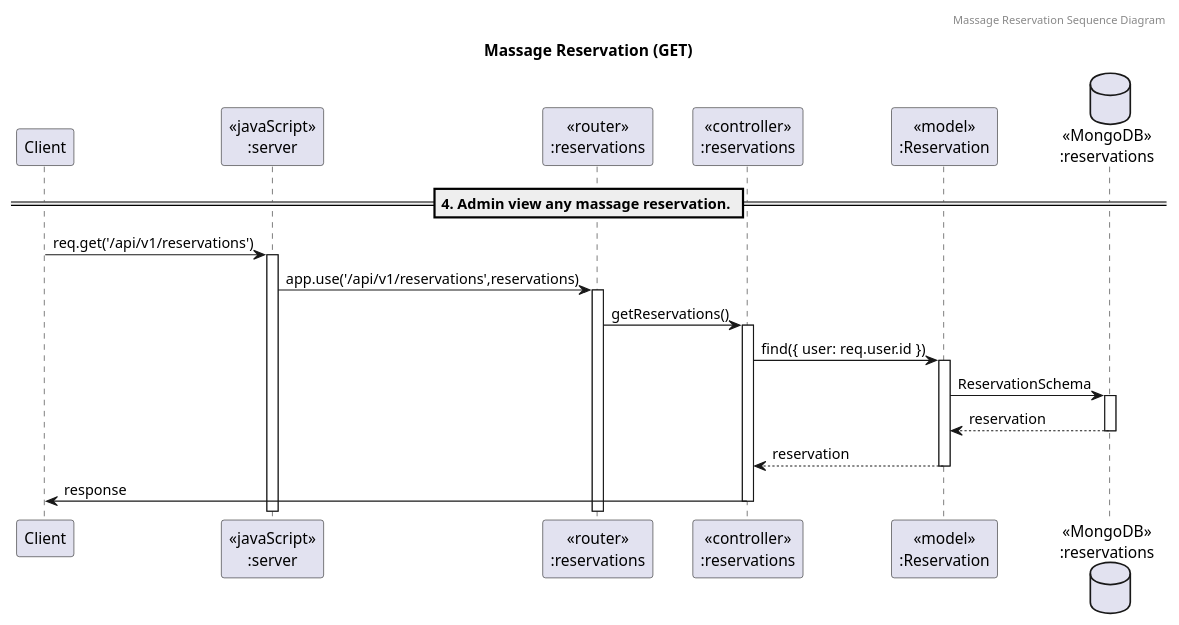
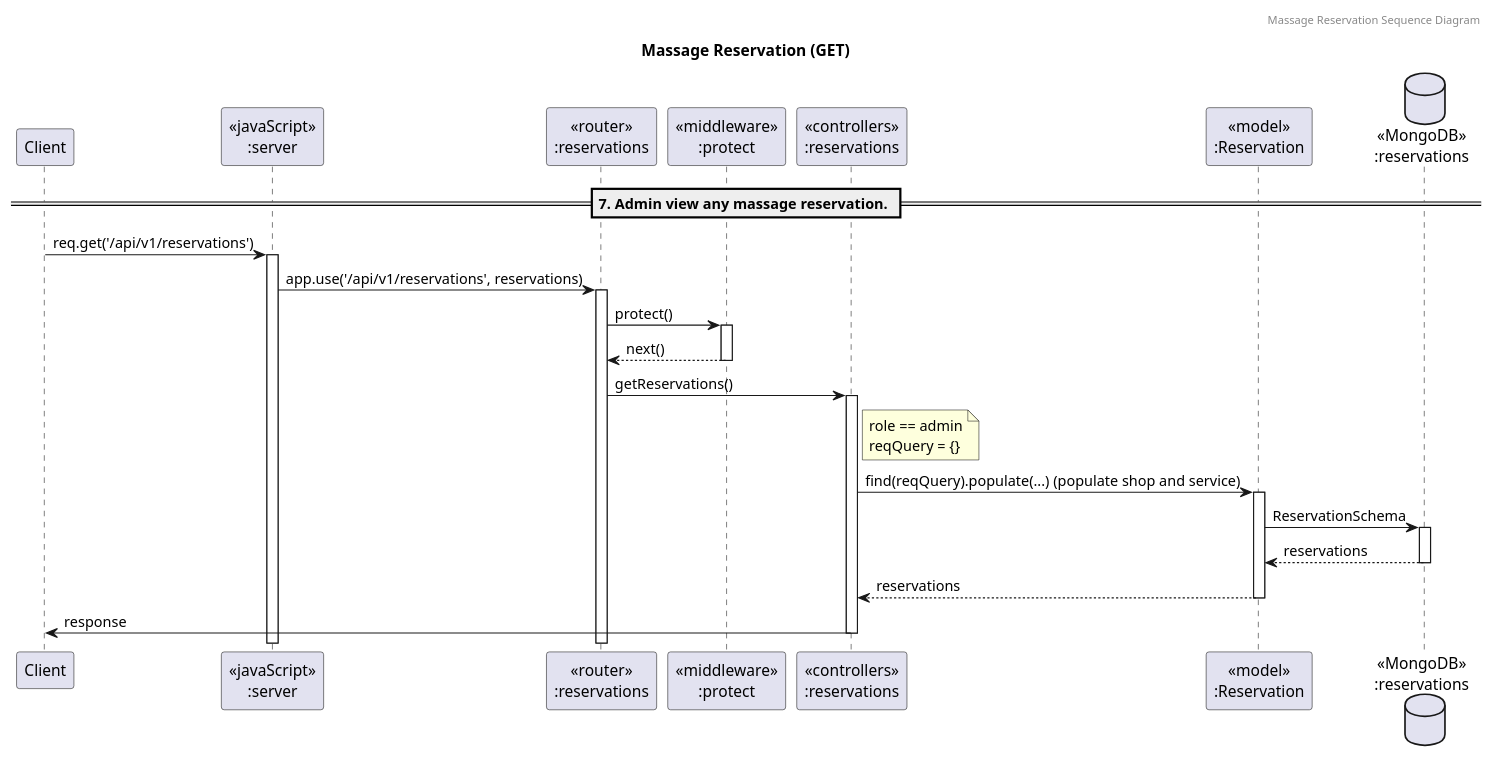
Before and after one commit to 14two-77/be-project-68-fangaodiwa: the diagram in docs/sequence-diagram/sequence-diagram_7.puml, drawn with PlantUML. The commit also changed 26 other files, not shown here.

Commit message:
add diagram

```diff
--- a/docs/sequence-diagram/sequence-diagram_7.puml
+++ b/docs/sequence-diagram/sequence-diagram_7.puml
@@ -1,24 +1,28 @@
 @startuml sequence-diagram
 
 header Massage Reservation Sequence Diagram
 title "Massage Reservation (GET)"
 
 participant "Client" as client
 participant "<<javaScript>>\n:server" as server
 participant "<<router>>\n:reservations" as routerReservations
-participant "<<controller>>\n:reservations" as controllersReservations
+participant "<<middleware>>\n:protect" as middlewareProtect
+participant "<<controllers>>\n:reservations" as controllersReservations
 participant "<<model>>\n:Reservation" as modelReservation
 database "<<MongoDB>>\n:reservations" as reservationsDatabase
 
-== 4. Admin view any massage reservation. ==
+== 7. Admin view any massage reservation. ==
 
 client -> server ++: req.get('/api/v1/reservations')
-server -> routerReservations ++: app.use('/api/v1/reservations',reservations)
+server -> routerReservations ++: app.use('/api/v1/reservations', reservations)
+routerReservations -> middlewareProtect ++: protect()
+middlewareProtect --> routerReservations --: next()
 routerReservations -> controllersReservations ++: getReservations()
-controllersReservations-> modelReservation ++: find({ user: req.user.id })
+note right of controllersReservations: role == admin\nreqQuery = {}
+controllersReservations -> modelReservation ++: find(reqQuery).populate(...) (populate shop and service)
 modelReservation -> reservationsDatabase ++: ReservationSchema
-reservationsDatabase --> modelReservation --: reservation
-controllersReservations <-- modelReservation --: reservation
+reservationsDatabase --> modelReservation --: reservations
+controllersReservations <-- modelReservation --: reservations
 controllersReservations -> client --: response
 
 @enduml
```
